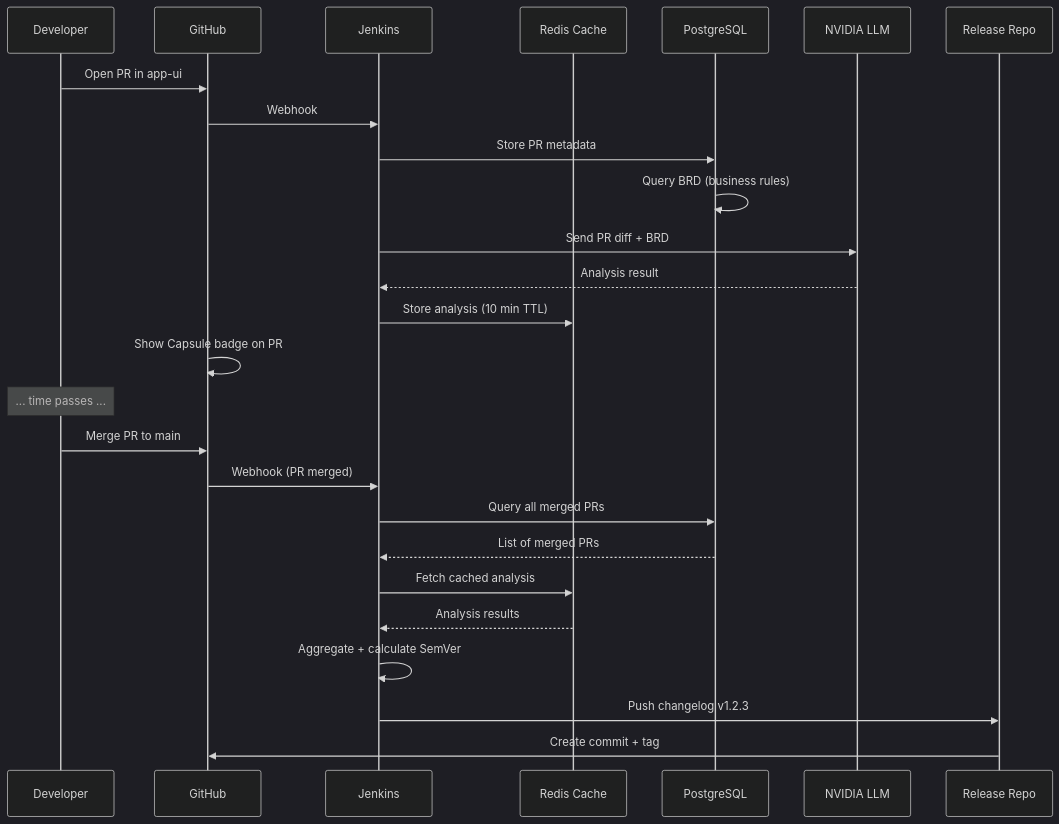
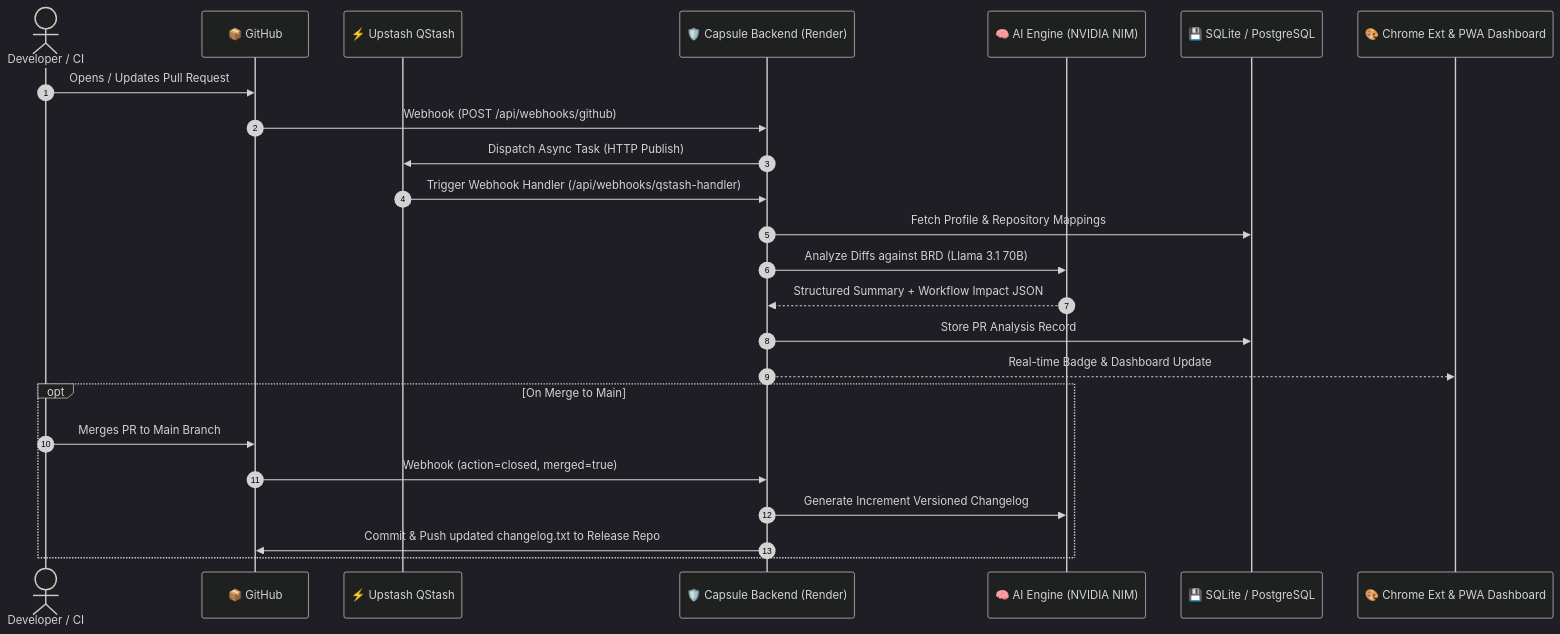
Before and after one commit to PTejasKr/CApsule-v2: the first of 3 diagrams in README.md, drawn with Mermaid. The commit also changed other lines of this file, not shown here.

Commit message:
Humanify README.md with developer storytelling, Mermaid sequence diagrams, data table schemas, and API reference maps

````diff
--- a/README.md
+++ b/README.md
@@ -649,32 +53,29 @@
 ```mermaid
-%%{init: {'theme': 'dark', 'themeVariables': { 'fontSize': '16px', 'fontFamily': 'arial', 'primaryTextColor':'#ffffff', 'primaryBorderColor':'#cccccc', 'lineColor':'#ffffff', 'secondBkgColor':'#1e1e1e', 'tertiaryTextColor':'#ffffff', 'fontFamily': 'helvetica' }}}%%
+%%{init: {'theme': 'dark', 'themeVariables': { 'fontSize': '15px', 'fontFamily': 'inter', 'primaryTextColor':'#ffffff', 'lineColor':'#f39c12' }}}%%
 sequenceDiagram
-    participant Dev as Developer
-    participant GH as GitHub
-    participant Jenkins as Jenkins
-    participant Cache as Redis Cache
-    participant DB as PostgreSQL
-    participant AI as NVIDIA LLM
-    participant Release as Release Repo
+    autonumber
+    actor Dev as Developer / CI
+    participant GH as 📦 GitHub
+    participant QS as ⚡ Upstash QStash
+    participant API as 🛡️ Capsule Backend (Render)
+    participant AI as 🧠 AI Engine (NVIDIA NIM)
+    participant DB as 💾 SQLite / PostgreSQL
+    participant UI as 🎨 Chrome Ext & PWA Dashboard
 
-    Dev->>GH: Open PR in app-ui
-    GH->>Jenkins: Webhook
-    Jenkins->>DB: Store PR metadata
-    DB->>DB: Query BRD (business rules)
-    Jenkins->>AI: Send PR diff + BRD
-    AI-->>Jenkins: Analysis result
-    Jenkins->>Cache: Store analysis (10 min TTL)
-    GH->>GH: Show Capsule badge on PR
-
-    Note over Dev: ... time passes ...
+    Dev->>GH: Opens / Updates Pull Request
+    GH->>API: Webhook (POST /api/webhooks/github)
+    API->>QS: Dispatch Async Task (HTTP Publish)
+    QS->>API: Trigger Webhook Handler (/api/webhooks/qstash-handler)
+    API->>DB: Fetch Profile & Repository Mappings
+    API->>AI: Analyze Diffs against BRD (Llama 3.1 70B)
+    AI-->>API: Structured Summary + Workflow Impact JSON
+    API->>DB: Store PR Analysis Record
+    API-->>UI: Real-time Badge & Dashboard Update
     
-    Dev->>GH: Merge PR to main
-    GH->>Jenkins: Webhook (PR merged)
-    Jenkins->>DB: Query all merged PRs
-    DB-->>Jenkins: List of merged PRs
-    Jenkins->>Cache: Fetch cached analysis
-    Cache-->>Jenkins: Analysis results
-    Jenkins->>Jenkins: Aggregate + calculate SemVer
-    Jenkins->>Release: Push changelog v1.2.3
-    Release->>GH: Create commit + tag
+    opt On Merge to Main
+        Dev->>GH: Merges PR to Main Branch
+        GH->>API: Webhook (action=closed, merged=true)
+        API->>AI: Generate Increment Versioned Changelog
+        API->>GH: Commit & Push updated changelog.txt to Release Repo
+    end
 ```
````
